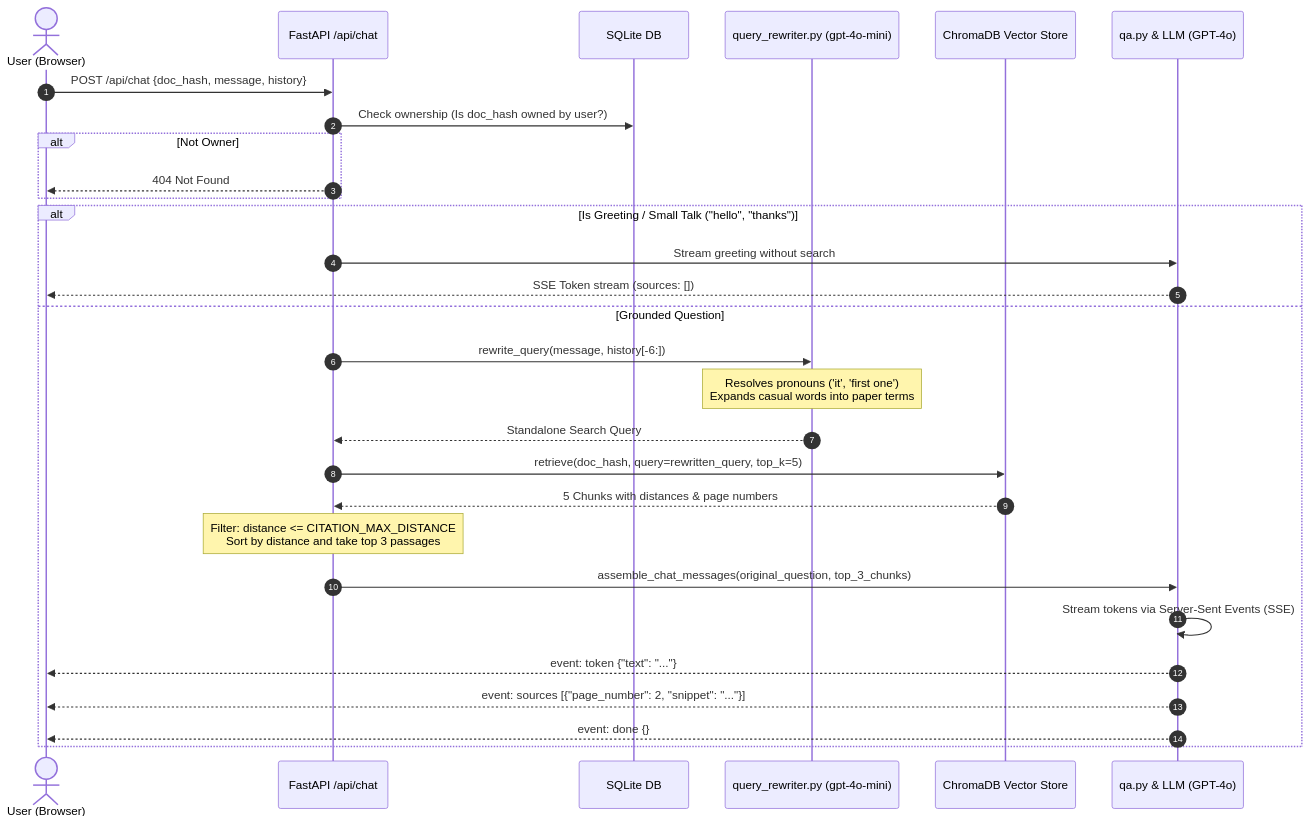
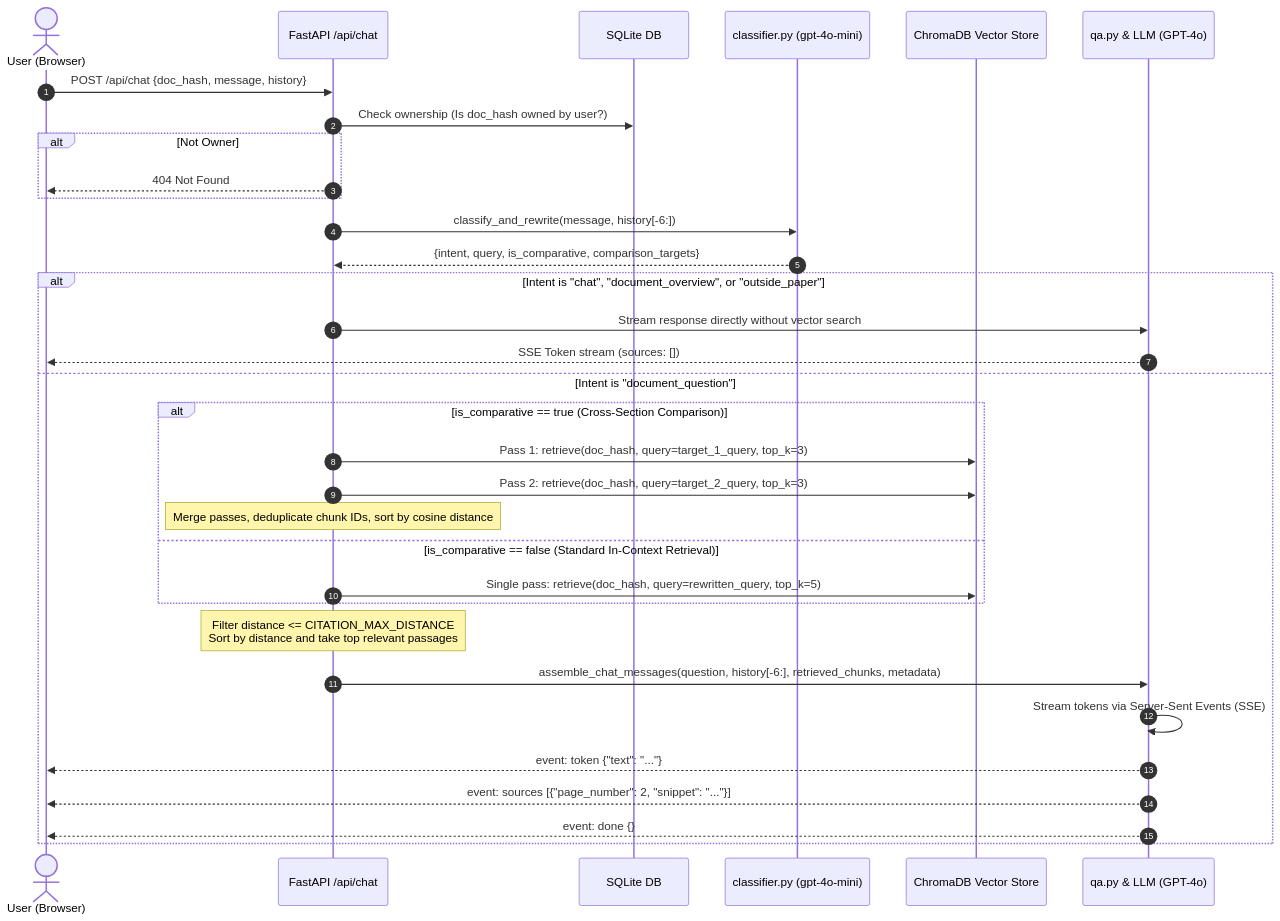
One commit to ManujanaR/Research-assistant changed the second of 2 diagrams in README.md. Above: the diagram before and after it, drawn with Mermaid. The commit also changed other lines of this file, not shown here.

Commit message:
docs: update README with multi-section retrieval, architecture, and test counts

````diff
--- a/README.md
+++ b/README.md
@@ -105,36 +154,40 @@
 ```mermaid
 sequenceDiagram
     autonumber
     actor User as User (Browser)
     participant ChatAPI as FastAPI /api/chat
     participant DB as SQLite DB
-    participant Rewriter as query_rewriter.py (gpt-4o-mini)
+    participant Classifier as classifier.py (gpt-4o-mini)
     participant Chroma as ChromaDB Vector Store
     participant QA as qa.py & LLM (GPT-4o)
 
     User->>ChatAPI: POST /api/chat {doc_hash, message, history}
     ChatAPI->>DB: Check ownership (Is doc_hash owned by user?)
     alt Not Owner
         ChatAPI-->>User: 404 Not Found
     end
 
-    alt Is Greeting / Small Talk ("hello", "thanks")
-        ChatAPI->>QA: Stream greeting without search
+    ChatAPI->>Classifier: classify_and_rewrite(message, history[-6:])
+    Classifier-->>ChatAPI: {intent, query, is_comparative, comparison_targets}
+
+    alt Intent is "chat", "document_overview", or "outside_paper"
+        ChatAPI->>QA: Stream response directly without vector search
         QA-->>User: SSE Token stream (sources: [])
-    else Grounded Question
-        ChatAPI->>Rewriter: rewrite_query(message, history[-6:])
-        Note over Rewriter: Resolves pronouns ('it', 'first one')<br/>Expands casual words into paper terms
-        Rewriter-->>ChatAPI: Standalone Search Query
+    else Intent is "document_question"
+        alt is_comparative == true (Cross-Section Comparison)
+            ChatAPI->>Chroma: Pass 1: retrieve(doc_hash, query=target_1_query, top_k=3)
+            ChatAPI->>Chroma: Pass 2: retrieve(doc_hash, query=target_2_query, top_k=3)
+            Note over ChatAPI: Merge passes, deduplicate chunk IDs, sort by cosine distance
+        else is_comparative == false (Standard In-Context Retrieval)
+            ChatAPI->>Chroma: Single pass: retrieve(doc_hash, query=rewritten_query, top_k=5)
+        end
 
-        ChatAPI->>Chroma: retrieve(doc_hash, query=rewritten_query, top_k=5)
-        Chroma-->>ChatAPI: 5 Chunks with distances & page numbers
+        Note over ChatAPI: Filter distance <= CITATION_MAX_DISTANCE<br/>Sort by distance and take top relevant passages
 
-        Note over ChatAPI: Filter: distance <= CITATION_MAX_DISTANCE<br/>Sort by distance and take top 3 passages
-
-        ChatAPI->>QA: assemble_chat_messages(original_question, top_3_chunks)
+        ChatAPI->>QA: assemble_chat_messages(question, history[-6:], retrieved_chunks, metadata)
         QA->>QA: Stream tokens via Server-Sent Events (SSE)
         QA-->>User: event: token {"text": "..."}
         QA-->>User: event: sources [{"page_number": 2, "snippet": "..."}]
         QA-->>User: event: done {}
     end
 ```
````
